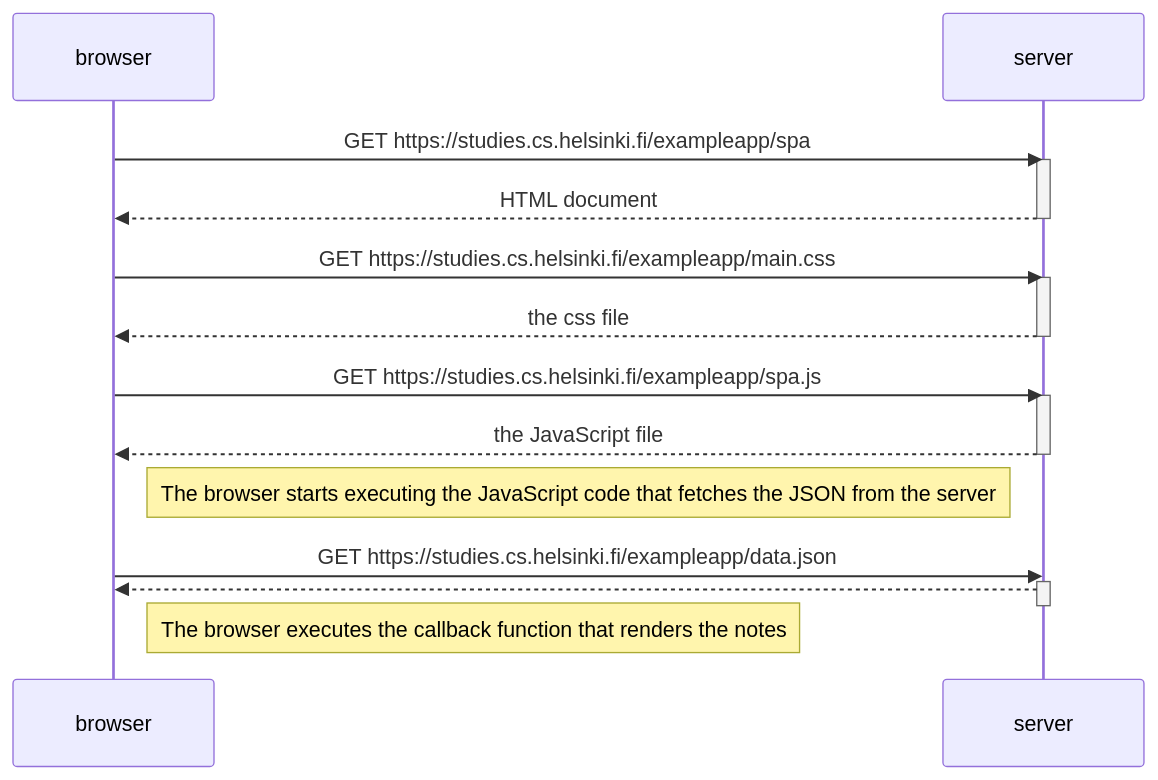
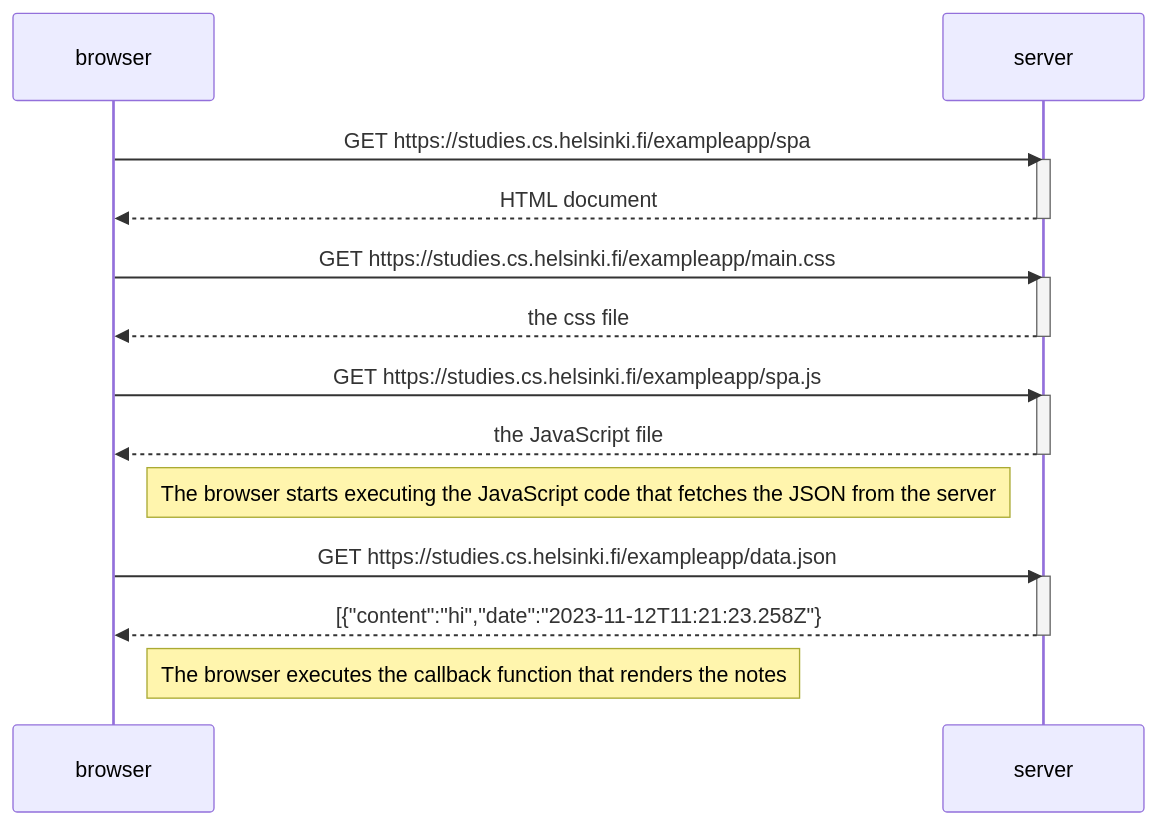
One commit to Amloner/PART0 changed the diagram in Single page app diagram.mermaid. Above: the diagram before and after it, drawn with Mermaid.

Commit message:
Update Single page app diagram.mermaid

```diff
--- a/Single page app diagram.mermaid
+++ b/Single page app diagram.mermaid
@@ -1,27 +1,27 @@
 sequenceDiagram
     participant browser
     participant server
 
     browser->>server: GET https://studies.cs.helsinki.fi/exampleapp/spa
     activate server
     server-->>browser: HTML document
     deactivate server
 
     browser->>server: GET https://studies.cs.helsinki.fi/exampleapp/main.css
     activate server
     server-->>browser: the css file
     deactivate server
 
     browser->>server: GET https://studies.cs.helsinki.fi/exampleapp/spa.js
     activate server
     server-->>browser: the JavaScript file
     deactivate server
 
     Note right of browser: The browser starts executing the JavaScript code that fetches the JSON from the server
 
     browser->>server: GET https://studies.cs.helsinki.fi/exampleapp/data.json
     activate server
-    server-->>browser:
+    server-->>browser: [{"content":"hi","date":"2023-11-12T11:21:23.258Z"} 
     deactivate server
 
     Note right of browser: The browser executes the callback function that renders the notes
```
